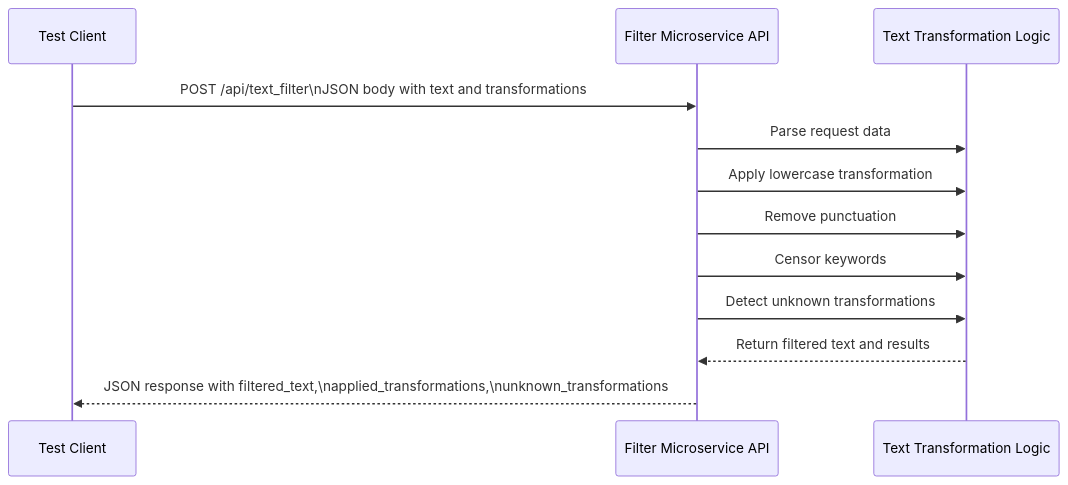
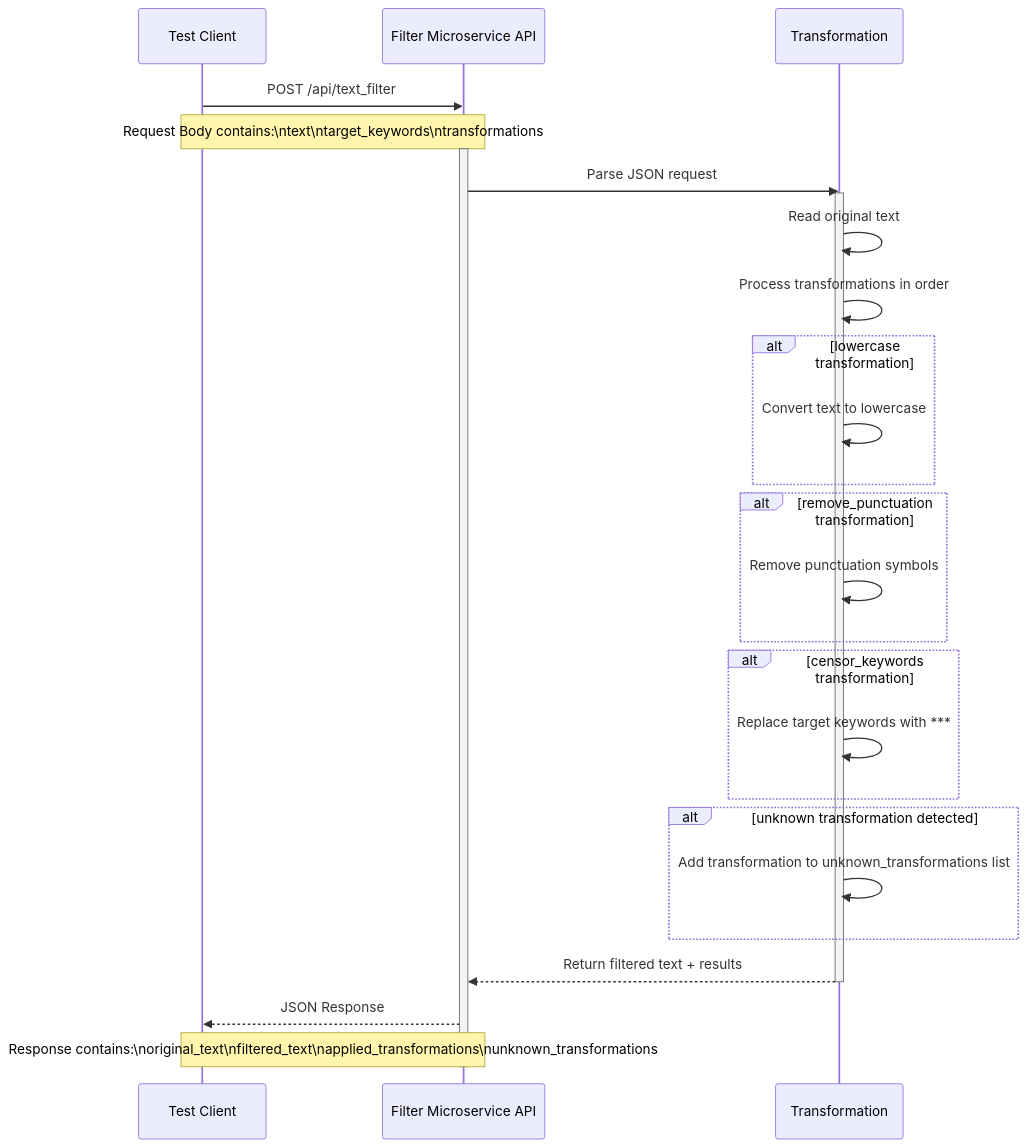
Before and after one commit to dotdyl/cs361-filter-microservice: the diagram in README.md, drawn with Mermaid.

````diff
--- a/README.md
+++ b/README.md
@@ -75,18 +75,43 @@
 ```mermaid
 sequenceDiagram
     participant Client as Test Client
     participant API as Filter Microservice API
-    participant Logic as Text Transformation Logic
+    participant Logic as Transformation 
 
-    Client->>API: POST /api/text_filter\nJSON body with text and transformations
+    Client->>API: POST /api/text_filter
 
-    API->>Logic: Parse request data
-    API->>Logic: Apply lowercase transformation
-    API->>Logic: Remove punctuation
-    API->>Logic: Censor keywords
-    API->>Logic: Detect unknown transformations
+    Note over Client,API: Request Body contains:\ntext\ntarget_keywords\ntransformations
 
-    Logic-->>API: Return filtered text and results
+    activate API
 
-    API-->>Client: JSON response with filtered_text,\napplied_transformations,\nunknown_transformations
+    API->>Logic: Parse JSON request
+    activate Logic
+
+    Logic->>Logic: Read original text
+    Logic->>Logic: Process transformations in order
+
+    alt lowercase transformation
+        Logic->>Logic: Convert text to lowercase
+    end
+
+    alt remove_punctuation transformation
+        Logic->>Logic: Remove punctuation symbols
+    end
+
+    alt censor_keywords transformation
+        Logic->>Logic: Replace target keywords with ***
+    end
+
+    alt unknown transformation detected
+        Logic->>Logic: Add transformation to unknown_transformations list
+    end
+
+    Logic-->>API: Return filtered text + results
+    deactivate Logic
+
+    API-->>Client: JSON Response
+
+    Note over API,Client: Response contains:\noriginal_text\nfiltered_text\napplied_transformations\nunknown_transformations
+
+    deactivate API
 ```
````
